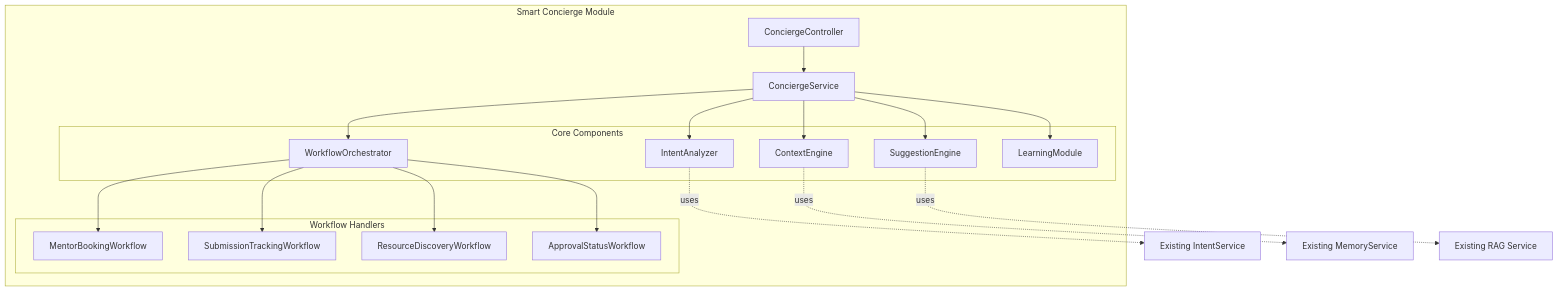
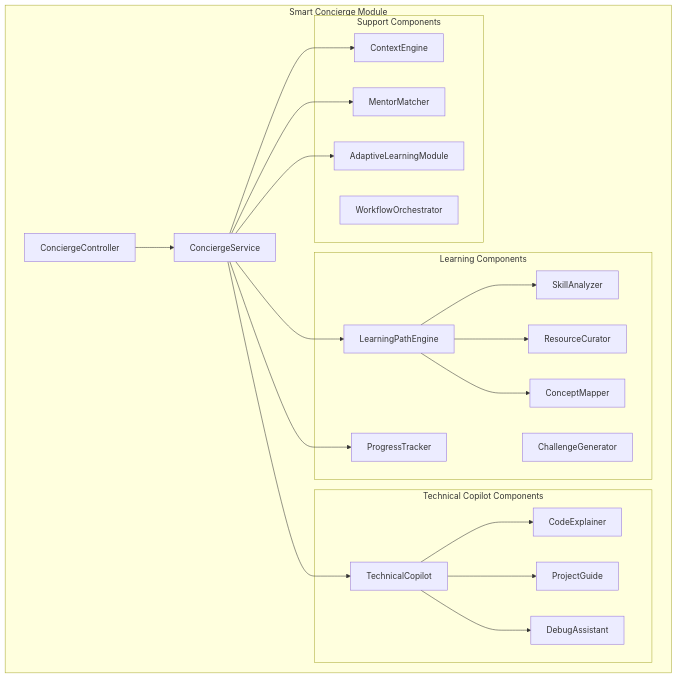
Before and after one commit to Ansh-dev-2005/Smart-Concierge: the second of 2 diagrams in design.md, drawn with Mermaid. The commit also changed other lines of this file and 3 other files, not shown here.

First line of the commit message:
docs: Refocus Smart Concierge as learning acceleration and technical copilot

````diff
--- a/design.md
+++ b/design.md
@@ -73,38 +74,47 @@
 ```mermaid
 graph TB
     subgraph "Smart Concierge Module"
         Controller[ConciergeController]
         Service[ConciergeService]
         
-        subgraph "Core Components"
-            IntentAnalyzer[IntentAnalyzer]
-            ContextEngine[ContextEngine]
-            SuggestionEngine[SuggestionEngine]
-            WorkflowOrchestrator[WorkflowOrchestrator]
-            LearningModule[LearningModule]
+        subgraph "Learning Components"
+            LearningPathEngine[LearningPathEngine]
+            SkillAnalyzer[SkillAnalyzer]
+            ResourceCurator[ResourceCurator]
+            ProgressTracker[ProgressTracker]
+            ConceptMapper[ConceptMapper]
+            ChallengeGenerator[ChallengeGenerator]
         end
         
-        subgraph "Workflow Handlers"
-            MentorWorkflow[MentorBookingWorkflow]
-            TrackingWorkflow[SubmissionTrackingWorkflow]
-            ResourceWorkflow[ResourceDiscoveryWorkflow]
-            ApprovalWorkflow[ApprovalStatusWorkflow]
+        subgraph "Technical Copilot Components"
+            TechnicalCopilot[TechnicalCopilot]
+            CodeExplainer[CodeExplainer]
+            ProjectGuide[ProjectGuide]
+            DebugAssistant[DebugAssistant]
+        end
+        
+        subgraph "Support Components"
+            ContextEngine[ContextEngine]
+            MentorMatcher[MentorMatcher]
+            WorkflowOrchestrator[WorkflowOrchestrator]
+            AdaptiveLearning[AdaptiveLearningModule]
         end
     end
     
     Controller --> Service
-    Service --> IntentAnalyzer
+    Service --> LearningPathEngine
+    Service --> TechnicalCopilot
     Service --> ContextEngine
-    Service --> SuggestionEngine
-    Service --> WorkflowOrchestrator
-    Service --> LearningModule
     
-    WorkflowOrchestrator --> MentorWorkflow
-    WorkflowOrchestrator --> TrackingWorkflow
-    WorkflowOrchestrator --> ResourceWorkflow
-    WorkflowOrchestrator --> ApprovalWorkflow
+    LearningPathEngine --> SkillAnalyzer
+    LearningPathEngine --> ResourceCurator
+    LearningPathEngine --> ConceptMapper
     
-    IntentAnalyzer -.->|uses| ExistingIntentService[Existing IntentService]
-    ContextEngine -.->|uses| ExistingMemoryService[Existing MemoryService]
-    SuggestionEngine -.->|uses| ExistingRAG[Existing RAG Service]
+    TechnicalCopilot --> CodeExplainer
+    TechnicalCopilot --> ProjectGuide
+    TechnicalCopilot --> DebugAssistant
+    
+    Service --> ProgressTracker
+    Service --> MentorMatcher
+    Service --> AdaptiveLearning
 ```
````
